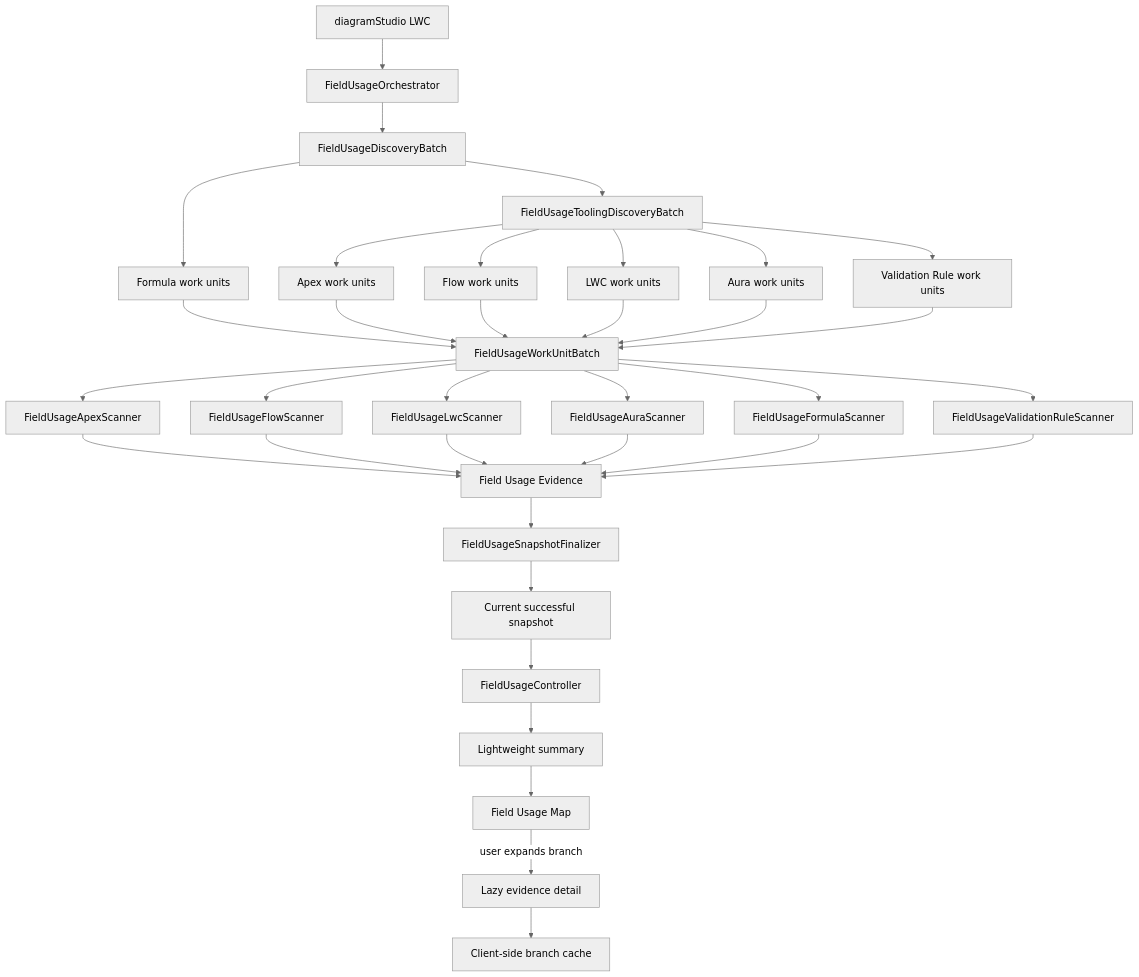
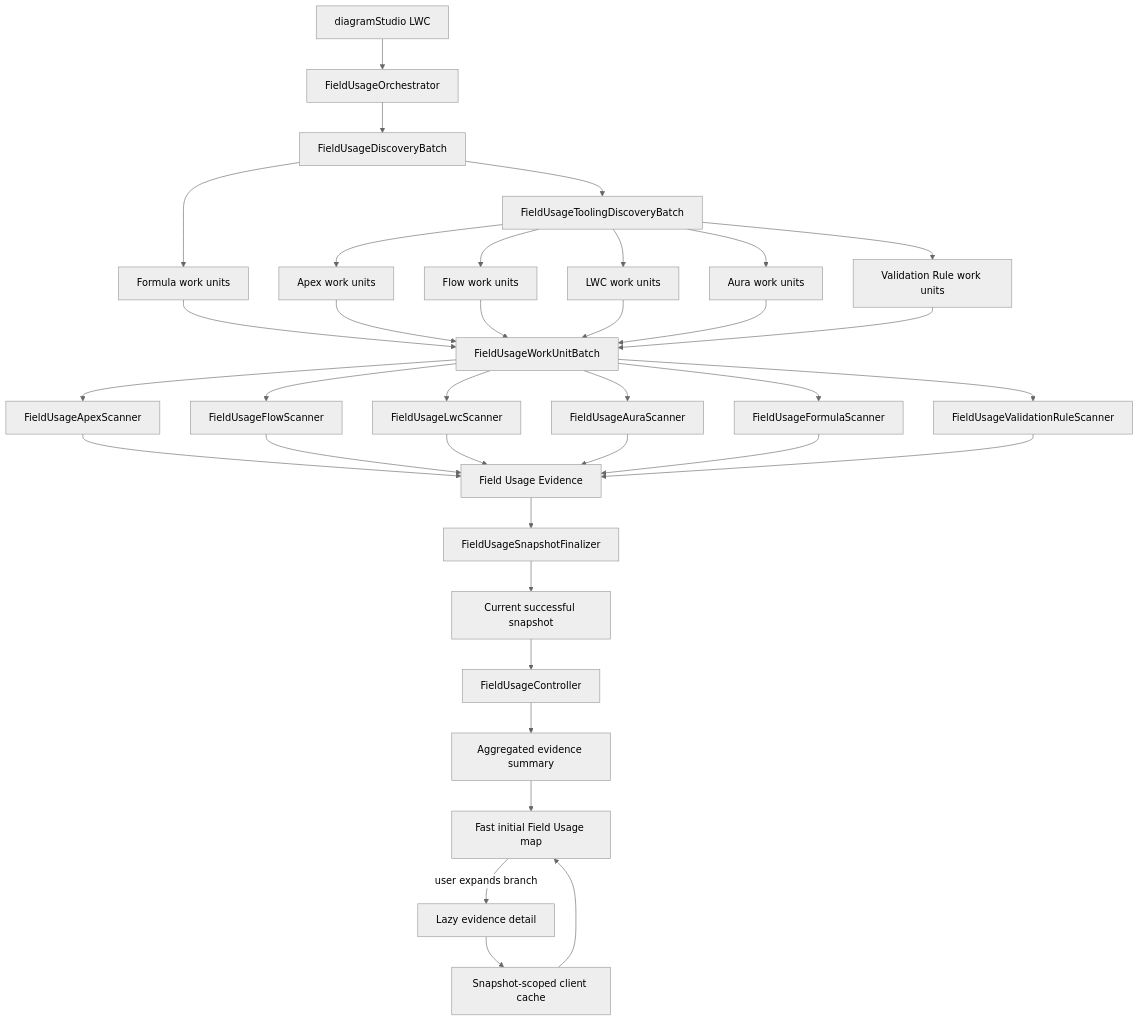
Before and after one commit to vikascohen/Salesforce-ER-Modeller-Studio: the first of 2 diagrams in docs/FIELD_USAGE_ARCHITECTURE.md, drawn with Mermaid (neutral theme). The commit also changed other lines of this file, not shown here.

````diff
--- a/docs/FIELD_USAGE_ARCHITECTURE.md
+++ b/docs/FIELD_USAGE_ARCHITECTURE.md
@@ -17,44 +17,45 @@
 ```mermaid
 flowchart TD
     UI[diagramStudio LWC] --> ORCH[FieldUsageOrchestrator]
     ORCH --> DISC[FieldUsageDiscoveryBatch]
 
     DISC --> FORMULA[Formula work units]
     DISC --> TOOLING[FieldUsageToolingDiscoveryBatch]
 
     TOOLING --> APEX[Apex work units]
     TOOLING --> FLOW[Flow work units]
     TOOLING --> LWC[LWC work units]
     TOOLING --> AURA[Aura work units]
     TOOLING --> VALIDATION[Validation Rule work units]
 
     FORMULA --> WORK[FieldUsageWorkUnitBatch]
     APEX --> WORK
     FLOW --> WORK
     LWC --> WORK
     AURA --> WORK
     VALIDATION --> WORK
 
     WORK --> AS[FieldUsageApexScanner]
     WORK --> FS[FieldUsageFlowScanner]
     WORK --> LS[FieldUsageLwcScanner]
     WORK --> AUS[FieldUsageAuraScanner]
     WORK --> FOS[FieldUsageFormulaScanner]
     WORK --> VRS[FieldUsageValidationRuleScanner]
 
     AS --> EVIDENCE[Field Usage Evidence]
     FS --> EVIDENCE
     LS --> EVIDENCE
     AUS --> EVIDENCE
     FOS --> EVIDENCE
     VRS --> EVIDENCE
 
     EVIDENCE --> FINAL[FieldUsageSnapshotFinalizer]
     FINAL --> CURRENT[Current successful snapshot]
 
     CURRENT --> CTRL[FieldUsageController]
-    CTRL --> SUMMARY[Lightweight summary]
-    SUMMARY --> MAP[Field Usage Map]
+    CTRL --> SUMMARY[Aggregated evidence summary]
+    SUMMARY --> MAP[Fast initial Field Usage map]
     MAP -->|user expands branch| DETAIL[Lazy evidence detail]
-    DETAIL --> CACHE[Client-side branch cache]
+    DETAIL --> CACHE[Snapshot-scoped client cache]
+    CACHE --> MAP
 ```
````
